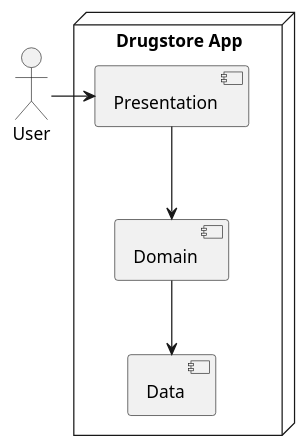
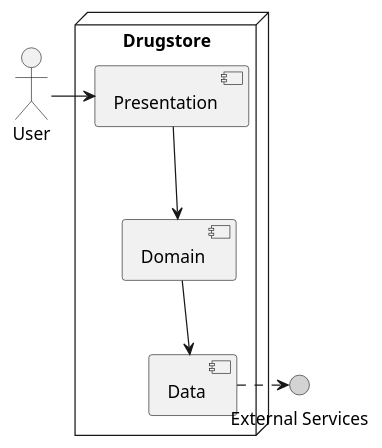
One commit to lucahost/drugstore changed the diagram in docs/building-blocks/building-blocks-1.plantuml. Above: the diagram before and after it, drawn with PlantUML. The commit also changed 3 other files, not shown here.

```diff
--- a/docs/building-blocks/building-blocks-1.plantuml
+++ b/docs/building-blocks/building-blocks-1.plantuml
@@ -1,15 +1,18 @@
 @startuml
 
 actor "User" as user
 
-node "Drugstore App" {
+interface "External Services" as e #lightgrey
+
+node "Drugstore" as drugstore {
     component "Presentation" as ui
     component Domain
     component Data
     ui -down-> Domain
     Domain -down-> Data
 }
 
 user -right-> ui
+Data .right.> e
 
 @enduml
```
